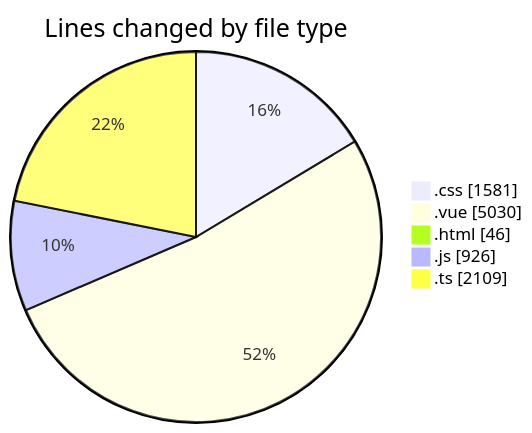
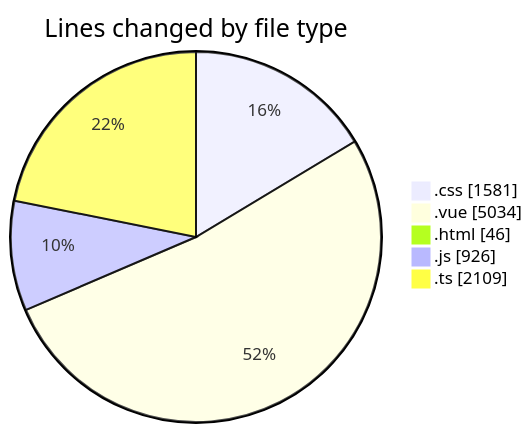
The first of 2 diagrams in 2025-08-18/rentotp/README.md (lephambinh05/code-tracking), drawn with Mermaid before and after one commit. The commit also changed other lines of this file and 1 other file, not shown here.

````diff
--- a/2025-08-18/rentotp/README.md
+++ b/2025-08-18/rentotp/README.md
@@ -51,9 +51,9 @@
 ```mermaid
 pie showData
 title Lines changed by file type
 ".css" : 1581
-".vue" : 5030
+".vue" : 5034
 ".html" : 46
 ".js" : 926
 ".ts" : 2109
 ```
````
